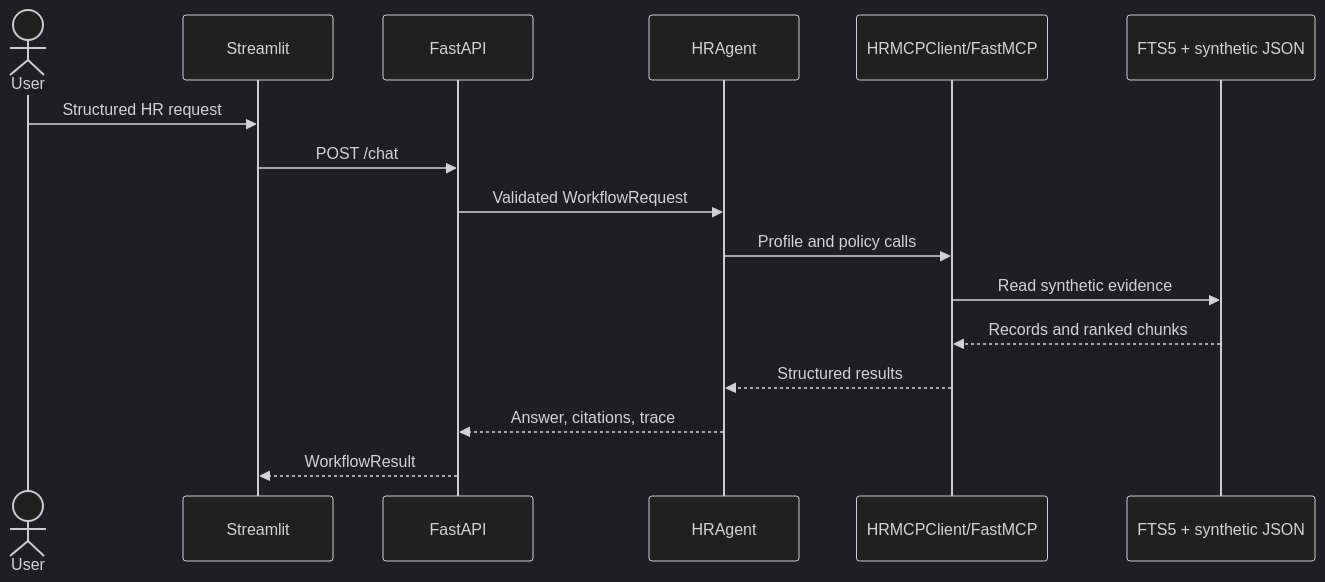
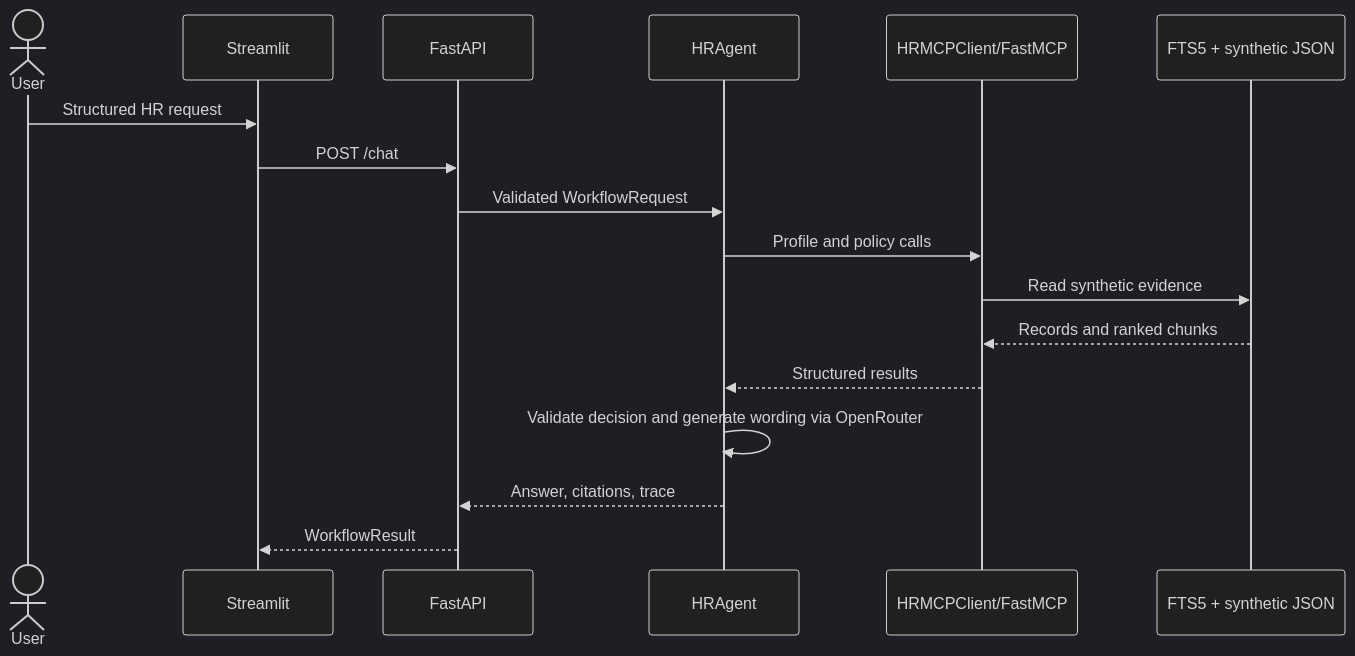
The diagram in design-and-evaluation.md (linzlive14-dot/RAGs-to-Riches), drawn with Mermaid (dark theme) before and after one commit. The commit also changed other lines of this file and 7 other files, not shown here.

Commit message:
Add grounded OpenRouter answer generation

````diff
--- a/design-and-evaluation.md
+++ b/design-and-evaluation.md
@@ -11,18 +11,19 @@
 ```mermaid
 sequenceDiagram
     actor User
     participant UI as Streamlit
     participant API as FastAPI
     participant Agent as HRAgent
     participant MCP as HRMCPClient/FastMCP
     participant Store as FTS5 + synthetic JSON
     User->>UI: Structured HR request
     UI->>API: POST /chat
     API->>Agent: Validated WorkflowRequest
     Agent->>MCP: Profile and policy calls
     MCP->>Store: Read synthetic evidence
     Store-->>MCP: Records and ranked chunks
     MCP-->>Agent: Structured results
+    Agent->>Agent: Validate decision and generate wording via OpenRouter
     Agent-->>API: Answer, citations, trace
     API-->>UI: WorkflowResult
 ```
````
